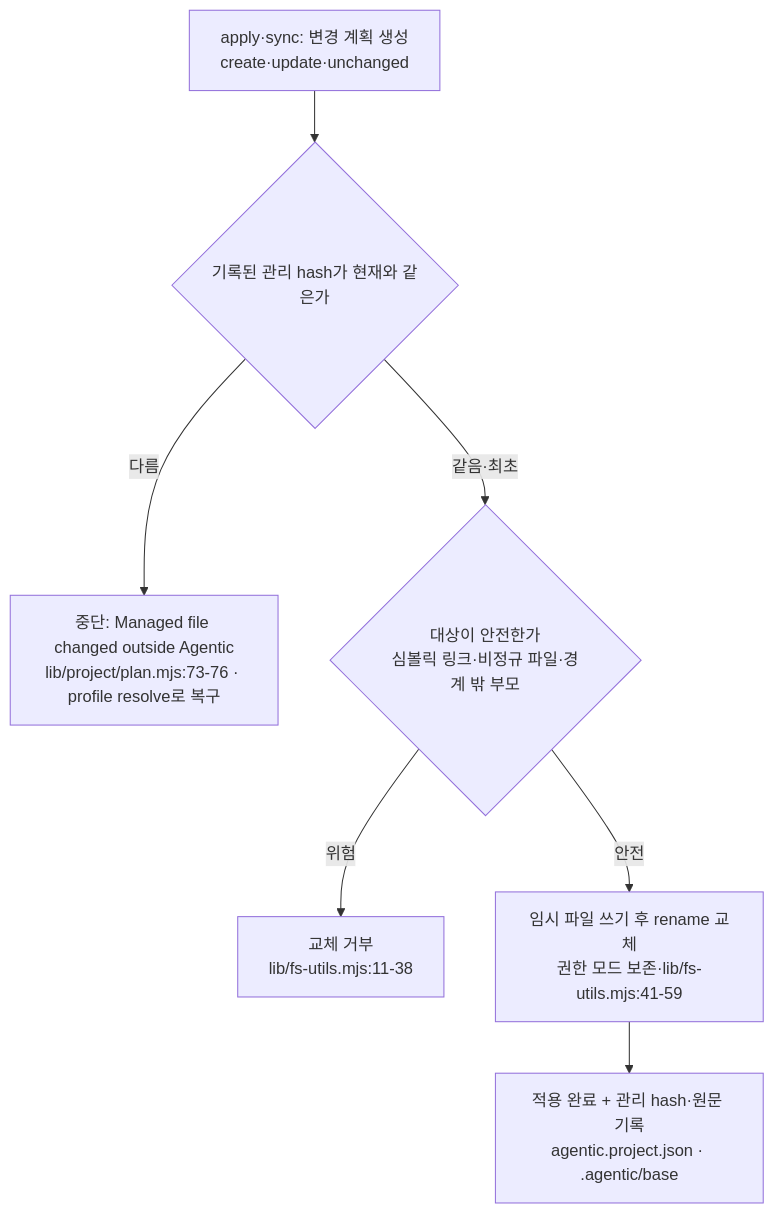
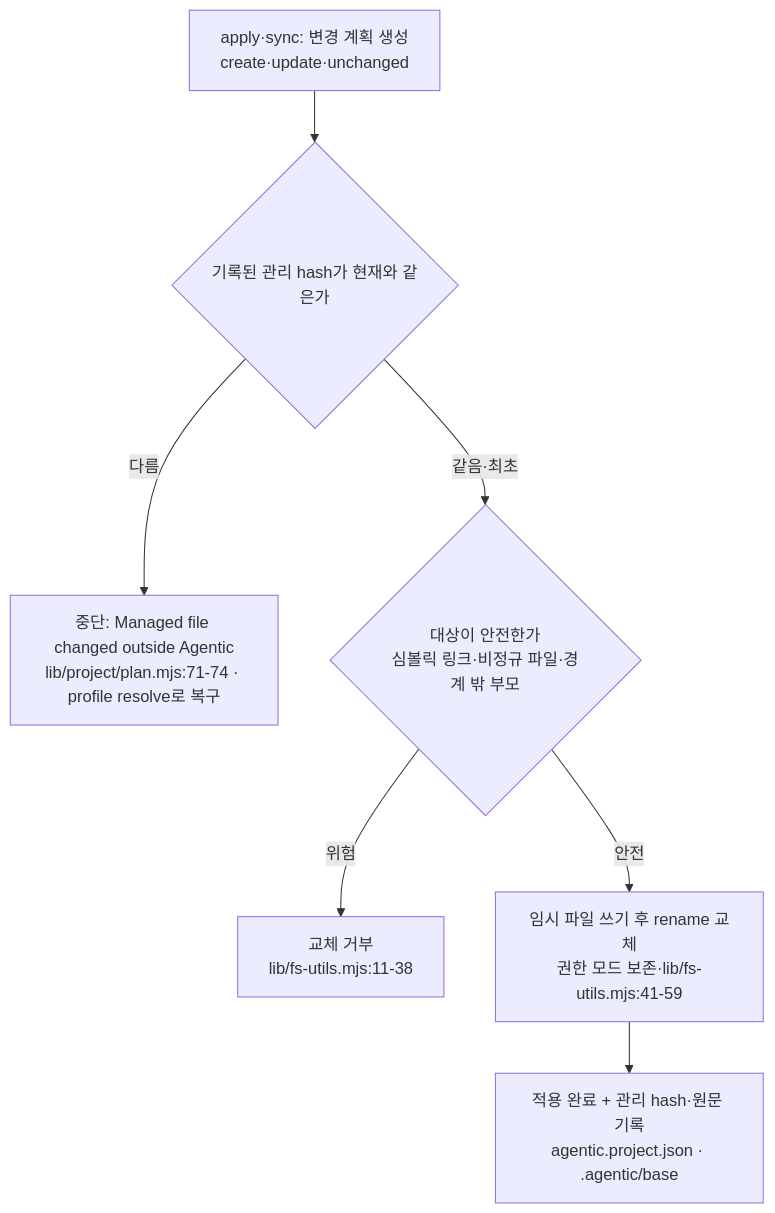
Before and after one commit to IsthisLee/agent-context-manager: the third of 5 diagrams in docs/implementation-principles.md, drawn with Mermaid. The commit also changed other lines of this file and 31 other files, not shown here.

````diff
--- a/docs/implementation-principles.md
+++ b/docs/implementation-principles.md
@@ -405,9 +405,9 @@
 ```mermaid
 flowchart TD
   P["apply·sync: 변경 계획 생성<br/>create·update·unchanged"] --> H{"기록된 관리 hash가 현재와 같은가"}
-  H -->|"다름"| STOP["중단: Managed file changed outside Agentic<br/>lib/project/plan.mjs:73-76 · profile resolve로 복구"]
+  H -->|"다름"| STOP["중단: Managed file changed outside Agentic<br/>lib/project/plan.mjs:71-74 · profile resolve로 복구"]
   H -->|"같음·최초"| SAFE{"대상이 안전한가<br/>심볼릭 링크·비정규 파일·경계 밖 부모"}
   SAFE -->|"위험"| REFUSE["교체 거부<br/>lib/fs-utils.mjs:11-38"]
   SAFE -->|"안전"| ATOM["임시 파일 쓰기 후 rename 교체<br/>권한 모드 보존·lib/fs-utils.mjs:41-59"]
   ATOM --> DONE["적용 완료 + 관리 hash·원문 기록<br/>agentic.project.json · .agentic/base"]
 ```
````
